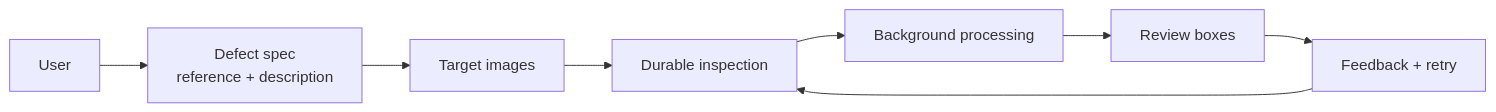
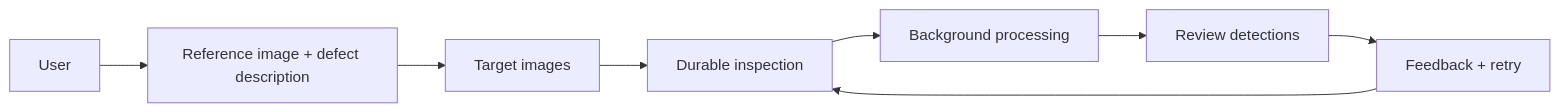
The first of 3 diagrams in README.md (mezema/sightline), drawn with Mermaid before and after one commit. The commit also changed other lines of this file and 4 other files, not shown here.

````diff
--- a/README.md
+++ b/README.md
@@ -17,10 +9,10 @@
 ```mermaid
 flowchart LR
-  user["User"] --> spec["Defect spec<br/>reference + description"]
+  user["User"] --> spec["Reference image + defect description"]
   spec --> targets["Target images"]
   targets --> job["Durable inspection"]
   job --> worker["Background processing"]
-  worker --> review["Review boxes"]
+  worker --> review["Review detections"]
   review --> feedback["Feedback + retry"]
   feedback --> job
 ```
````
